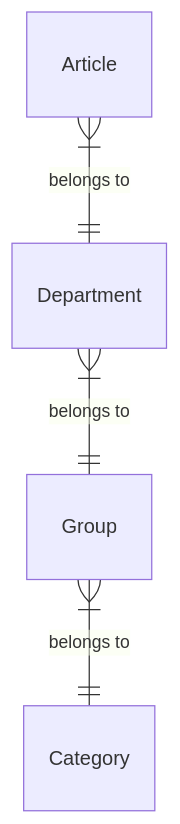
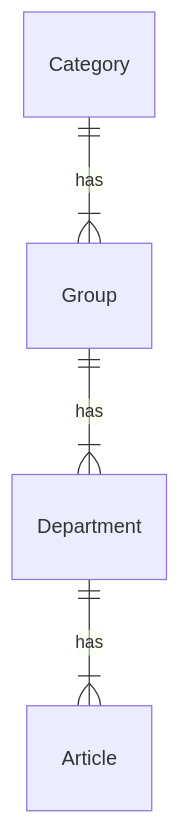
Before and after one commit to nkorsakov-tw/core: the diagram in products/README.md, drawn with Mermaid.

Commit message:
GITBOOK-246: change request with no subject merged in GitBook

````diff
--- a/products/README.md
+++ b/products/README.md
@@ -7,6 +7,8 @@
-```mermaid  fullWidth="true"
+```mermaid  fullWidth="false"
+
 erDiagram
-    Article |{--|| Department  : "belongs to"
-    Department |{--|| Group  : "belongs to"
-    Group |{--|| Category  : "belongs to"
+    Category ||--|{ Group  : "has"
+    Group ||--|{ Department  : "has"
+    Department ||--|{ Article  : "has"
+
 ```
````
